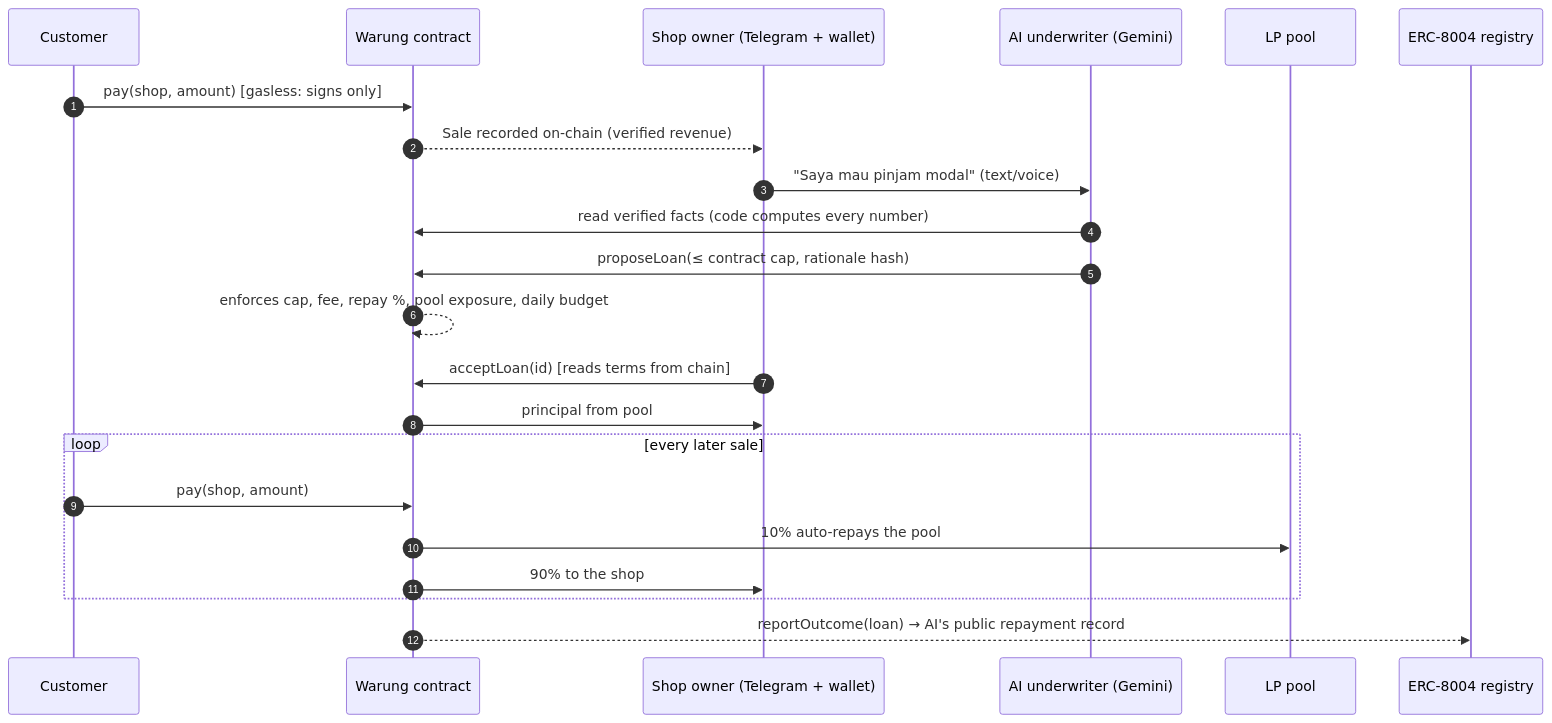
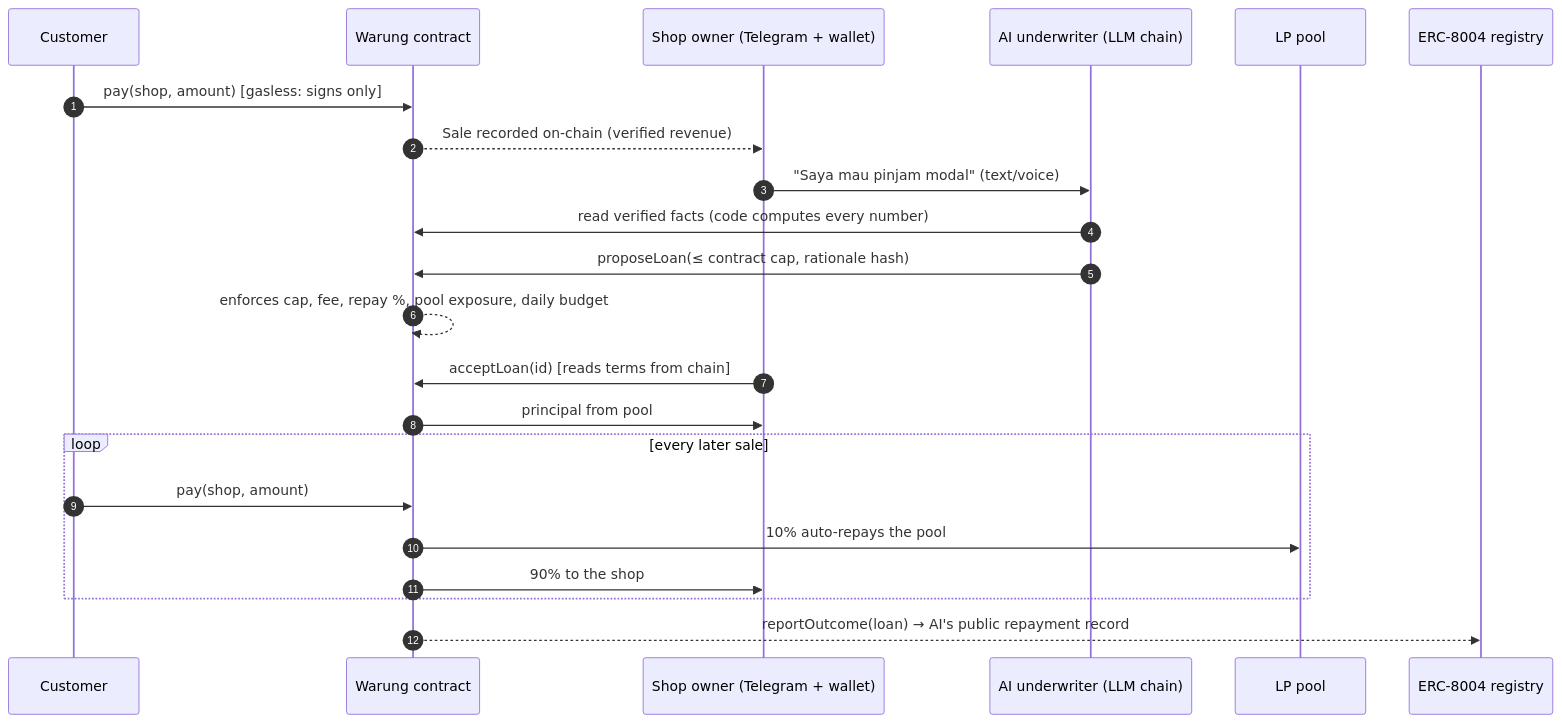
Before and after one commit to ketutezraugm/kulaya: the first of 2 diagrams in README.md, drawn with Mermaid. The commit also changed other lines of this file and 6 other files, not shown here.

Commit message:
Submission text, deck handoff, README accuracy (LLM chain, test counts), demo-shop screenshot

````diff
--- a/README.md
+++ b/README.md
@@ -41,25 +41,25 @@
 ```mermaid
 sequenceDiagram
     autonumber
     participant C as Customer
     participant W as Warung contract
     participant S as Shop owner (Telegram + wallet)
-    participant AI as AI underwriter (Gemini)
+    participant AI as AI underwriter (LLM chain)
     participant P as LP pool
     participant R as ERC-8004 registry
 
     C->>W: pay(shop, amount) [gasless: signs only]
     W-->>S: Sale recorded on-chain (verified revenue)
     S->>AI: "Saya mau pinjam modal" (text/voice)
     AI->>W: read verified facts (code computes every number)
     AI->>W: proposeLoan(≤ contract cap, rationale hash)
     W-->>W: enforces cap, fee, repay %, pool exposure, daily budget
     S->>W: acceptLoan(id) [reads terms from chain]
     W->>S: principal from pool
     loop every later sale
         C->>W: pay(shop, amount)
         W->>P: 10% auto-repays the pool
         W->>S: 90% to the shop
     end
     W-->>R: reportOutcome(loan) → AI's public repayment record
 ```
````
